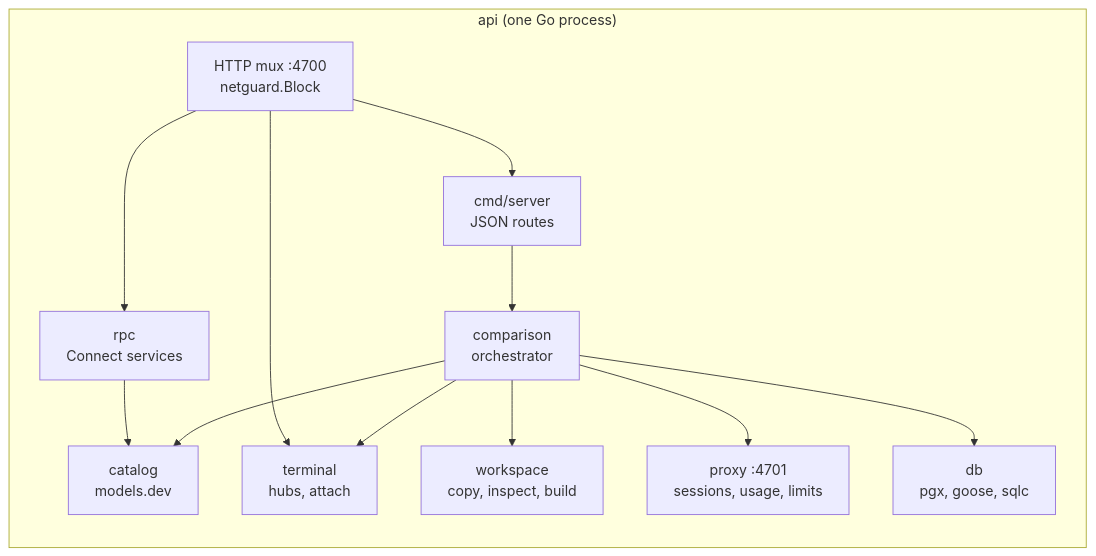
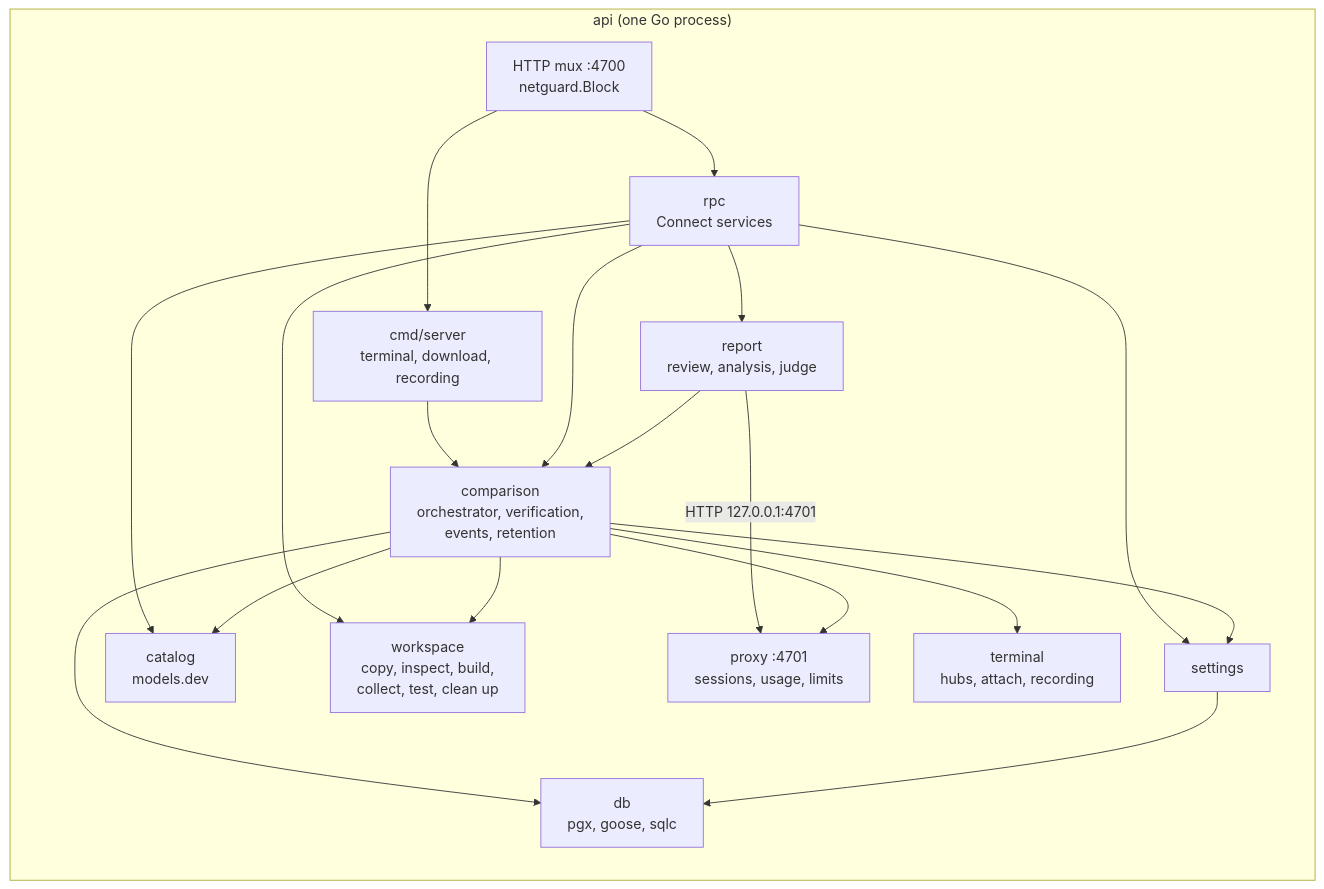
One commit to jmrona/ai-compare changed the second of 3 diagrams in doc/02-architecture.md. Above: the diagram before and after it, drawn with Mermaid. The commit also changed other lines of this file and 20 other files, not shown here.

````diff
--- a/doc/02-architecture.md
+++ b/doc/02-architecture.md
@@ -74,23 +84,29 @@
 ```mermaid
 flowchart LR
   subgraph api["api (one Go process)"]
     direction TB
     Mux["HTTP mux :4700<br/>netguard.Block"]
     RPC["rpc<br/>Connect services"]
-    JSON["cmd/server<br/>JSON routes"]
-    Orch["comparison<br/>orchestrator"]
-    WS["workspace<br/>copy, inspect, build"]
-    Term["terminal<br/>hubs, attach"]
+    Files["cmd/server<br/>terminal, download, recording"]
+    Orch["comparison<br/>orchestrator, verification,<br/>events, retention"]
+    Rep["report<br/>review, analysis, judge"]
+    Set["settings"]
+    WS["workspace<br/>copy, inspect, build,<br/>collect, test, clean up"]
+    Term["terminal<br/>hubs, attach, recording"]
     Cat["catalog<br/>models.dev"]
     Prox["proxy :4701<br/>sessions, usage, limits"]
     DB["db<br/>pgx, goose, sqlc"]
   end
-  Mux --> RPC --> Cat
-  Mux --> JSON --> Orch
-  Mux --> Term
+  Mux --> RPC
+  Mux --> Files --> Orch
+  RPC --> Orch & Rep & Set & Cat & WS
+  Rep --> Orch
+  Rep -- "HTTP 127.0.0.1:4701" --> Prox
   Orch --> WS
   Orch --> Term
   Orch --> Prox
   Orch --> Cat
+  Orch --> Set
   Orch --> DB
+  Set --> DB
 ```
````
